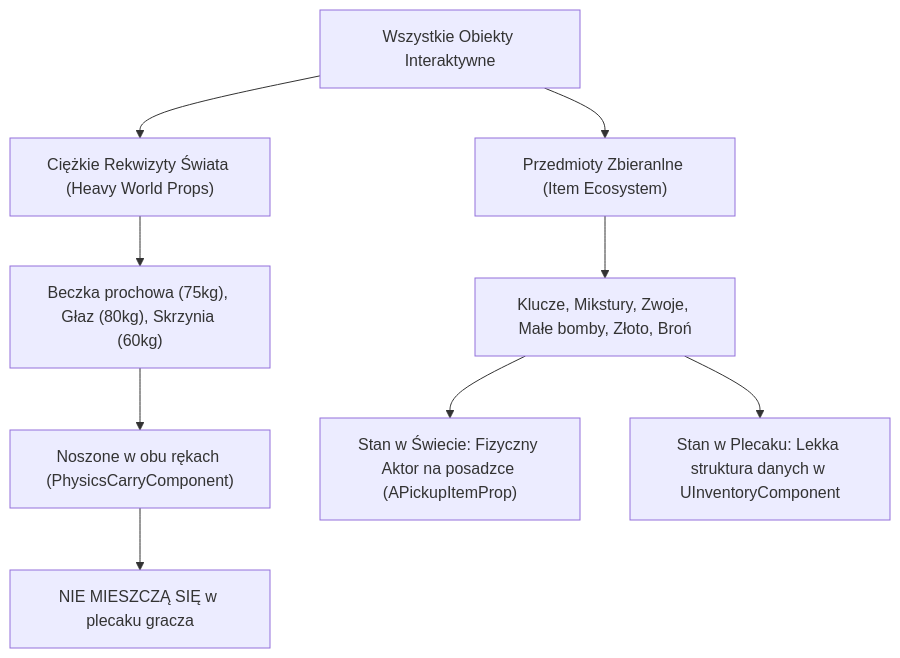
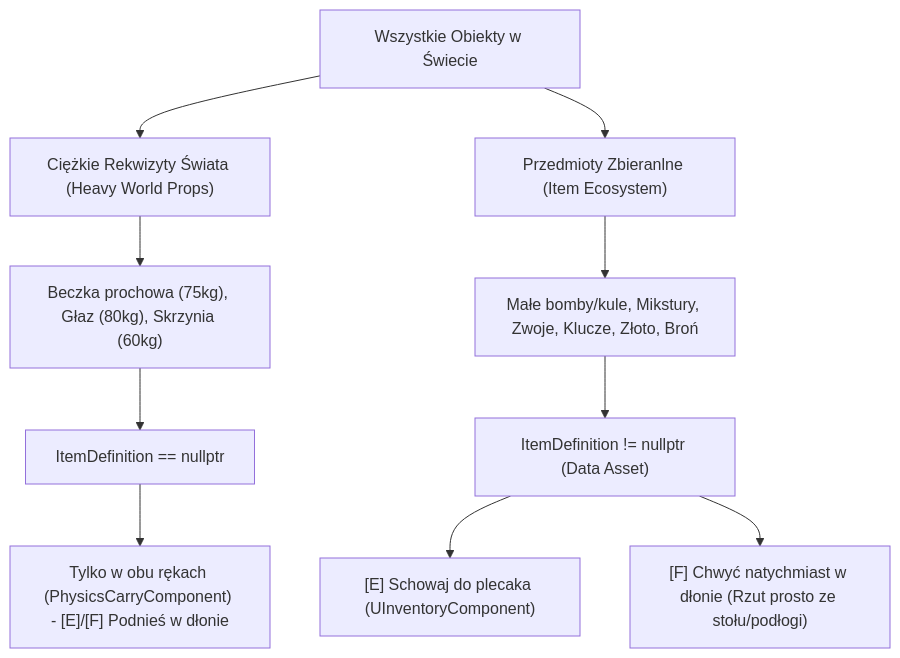
One commit to MoistAbes/DungeonCrawler changed the first of 4 diagrams in .context/specs/ITEM_AND_INVENTORY_SYSTEM.md. Above: the diagram before and after it, drawn with Mermaid. The commit also changed other lines of this file, not shown here.

````diff
--- a/.context/specs/ITEM_AND_INVENTORY_SYSTEM.md
+++ b/.context/specs/ITEM_AND_INVENTORY_SYSTEM.md
@@ -14,13 +14,14 @@
 ```mermaid
 flowchart TD
-    Root["Wszystkie Obiekty Interaktywne"] --> WorldOnly["Ciężkie Rekwizyty Świata (Heavy World Props)"]
+    Root["Wszystkie Obiekty w Świecie"] --> WorldOnly["Ciężkie Rekwizyty Świata (Heavy World Props)"]
     Root --> ItemSystem["Przedmioty Zbieranlne (Item Ecosystem)"]
 
     WorldOnly --> W1["Beczka prochowa (75kg), Głaz (80kg), Skrzynia (60kg)"]
-    W1 --> W2["Noszone w obu rękach (PhysicsCarryComponent)"]
-    W2 --> W3["NIE MIESZCZĄ SIĘ w plecaku gracza"]
+    W1 --> W2["ItemDefinition == nullptr"]
+    W2 --> W3["Tylko w obu rękach (PhysicsCarryComponent) - [E]/[F] Podnieś w dłonie"]
 
-    ItemSystem --> I1["Klucze, Mikstury, Zwoje, Małe bomby, Złoto, Broń"]
-    I1 --> I2["Stan w Świecie: Fizyczny Aktor na posadzce (APickupItemProp)"]
-    I1 --> I3["Stan w Plecaku: Lekka struktura danych w UInventoryComponent"]
+    ItemSystem --> I1["Małe bomby/kule, Mikstury, Zwoje, Klucze, Złoto, Broń"]
+    I1 --> I2["ItemDefinition != nullptr (Data Asset)"]
+    I2 --> I3A["[E] Schowaj do plecaka (UInventoryComponent)"]
+    I2 --> I3B["[F] Chwyć natychmiast w dłonie (Rzut prosto ze stołu/podłogi)"]
 ```
````
